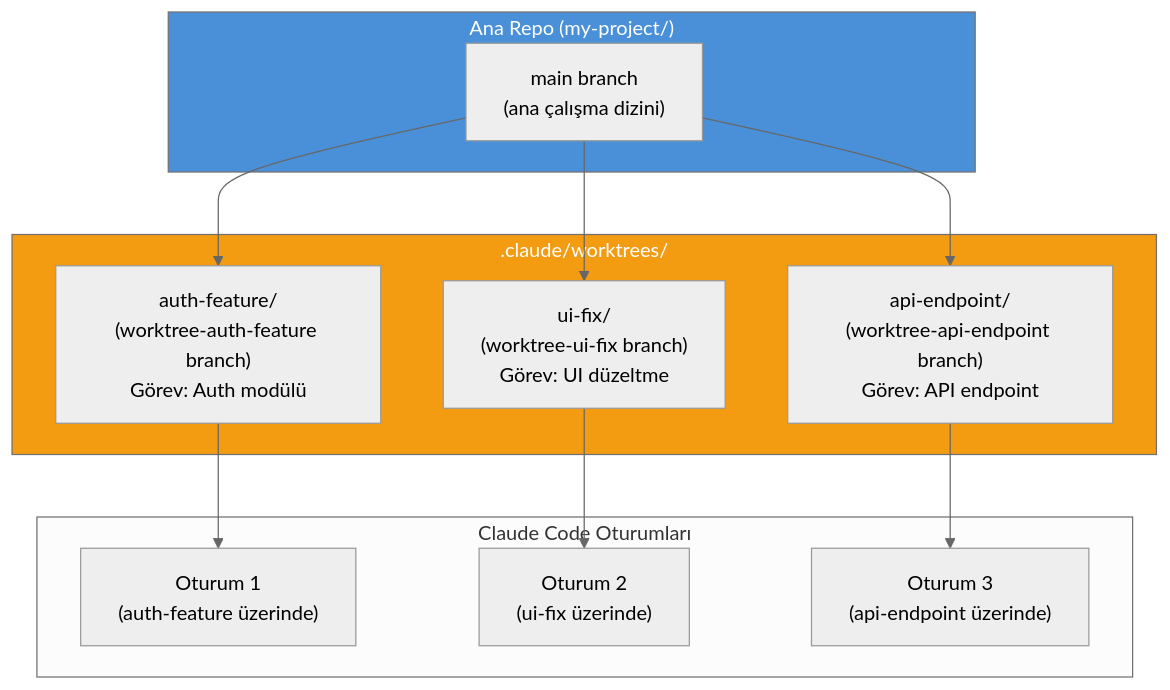
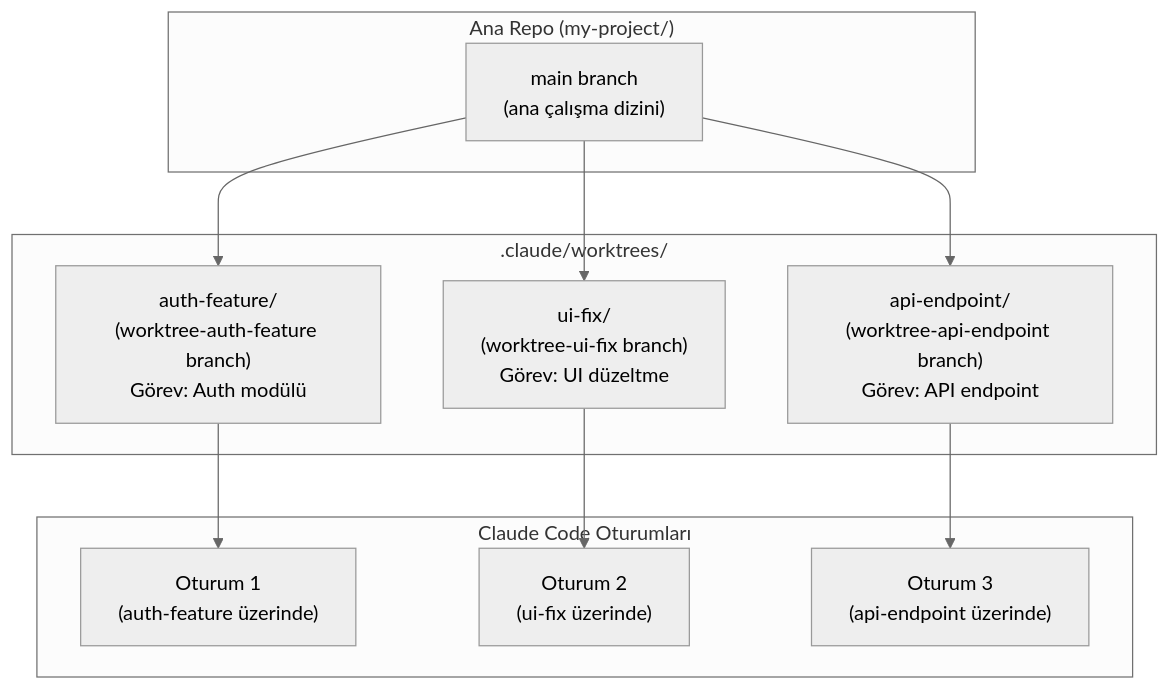
The second of 7 diagrams in 09-bellek-ve-baglam/08-worktree-ile-paralel-calisma.md (IzzetYasinAtes/ClaudeCodeHandbook), drawn with Mermaid (neutral theme) before and after one commit. The commit also changed other lines of this file and 97 other files, not shown here.

Commit message:
Remove all custom Mermaid style/fill colors from 98 markdown files for consistent dark theme rendering

````diff
--- a/09-bellek-ve-baglam/08-worktree-ile-paralel-calisma.md
+++ b/09-bellek-ve-baglam/08-worktree-ile-paralel-calisma.md
@@ -53,29 +51,27 @@
 ```mermaid
 flowchart TD
     subgraph main_repo ["Ana Repo (my-project/)"]
         MAIN["main branch<br/>(ana çalışma dizini)"]
     end
 
     subgraph worktrees [".claude/worktrees/"]
         WT1["auth-feature/<br/>(worktree-auth-feature branch)<br/>Görev: Auth modülü"]
         WT2["ui-fix/<br/>(worktree-ui-fix branch)<br/>Görev: UI düzeltme"]
         WT3["api-endpoint/<br/>(worktree-api-endpoint branch)<br/>Görev: API endpoint"]
     end
 
     MAIN --> WT1
     MAIN --> WT2
     MAIN --> WT3
 
     subgraph sessions ["Claude Code Oturumları"]
         CS1["Oturum 1<br/>(auth-feature üzerinde)"]
         CS2["Oturum 2<br/>(ui-fix üzerinde)"]
         CS3["Oturum 3<br/>(api-endpoint üzerinde)"]
     end
 
     WT1 --> CS1
     WT2 --> CS2
     WT3 --> CS3
 
-    style main_repo fill:#4A90D9,color:#fff
-    style worktrees fill:#F39C12,color:#fff
 ```
````
